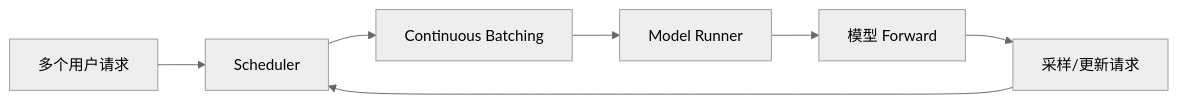
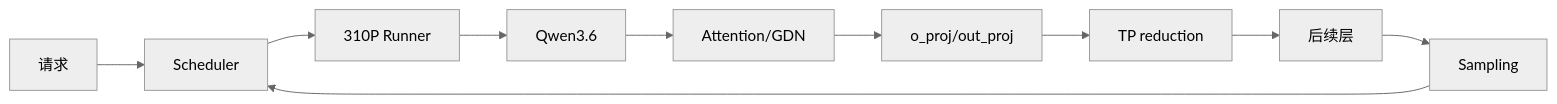
The first of 4 diagrams in 学习/00_主线故事_从一次Qwen请求到MM_AR融合.md (10wvw01/vllm-ascend), drawn with Mermaid (neutral theme) before and after one commit. The commit also changed other lines of this file and 22 other files, not shown here.

````diff
--- a/学习/00_主线故事_从一次Qwen请求到MM_AR融合.md
+++ b/学习/00_主线故事_从一次Qwen请求到MM_AR融合.md
@@ -49,9 +22,12 @@
 ```mermaid
 flowchart LR
-    A[多个用户请求] --> B[Scheduler]
-    B --> C[Continuous Batching]
-    C --> D[Model Runner]
-    D --> E[模型 Forward]
-    E --> F[采样/更新请求]
-    F --> B
+  U[请求] --> S[Scheduler]
+  S --> R[310P Runner]
+  R --> Q[Qwen3.6]
+  Q --> A[Attention/GDN]
+  A --> O[o_proj/out_proj]
+  O --> T[TP reduction]
+  T --> X[后续层]
+  X --> P[Sampling]
+  P --> S
 ```
````
